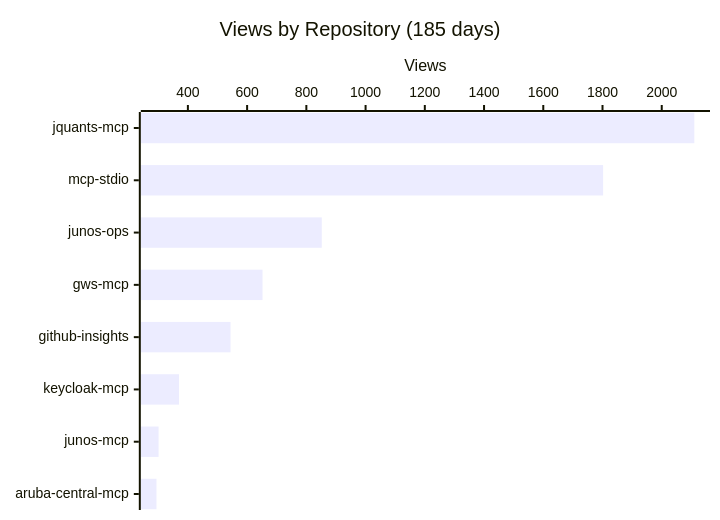
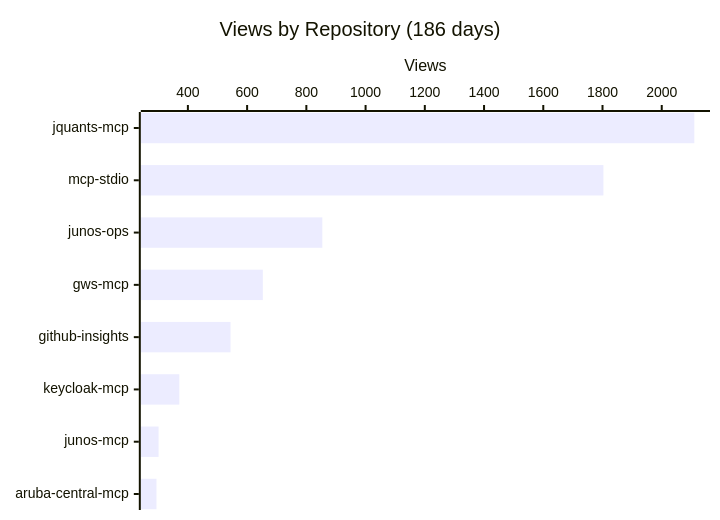
Before and after one commit to shigechika/github-insights: the first of 4 diagrams in README.md, drawn with Mermaid. The commit also changed other lines of this file and 2 other files, not shown here.

````diff
--- a/README.md
+++ b/README.md
@@ -18,7 +18,7 @@
 ```mermaid
 xychart-beta horizontal
-    title "Views by Repository (185 days)"
+    title "Views by Repository (186 days)"
     x-axis ["jquants-mcp", "mcp-stdio", "junos-ops", "gws-mcp", "github-insights", "keycloak-mcp", "junos-mcp", "aruba-central-mcp"]
     y-axis "Views"
-    bar [2110, 1802, 852, 652, 544, 370, 301, 294]
+    bar [2110, 1803, 854, 653, 544, 371, 301, 294]
 ```
````
